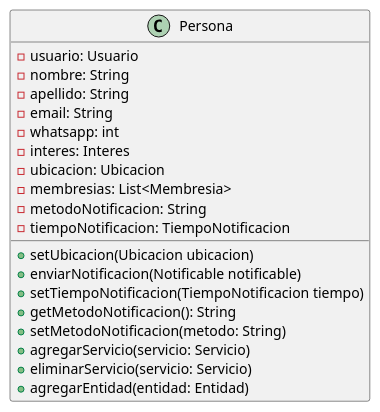
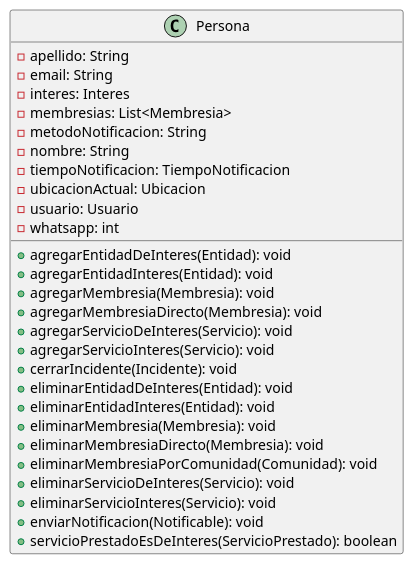
One commit to mbertogliati/dds-tpa changed the diagram in DC/E3/domain/comunidades/Persona.puml. Above: the diagram before and after it, drawn with PlantUML. The commit also changed 69 other files, not shown here.

Commit message:
Completo la estructura de (casi) todas las clases en el diagrama de clases (ver E3_COMPLETO.puml). Agregue tambien varios TODO con cosas para decidir.

```diff
--- a/DC/E3/domain/comunidades/Persona.puml
+++ b/DC/E3/domain/comunidades/Persona.puml
@@ -1,27 +1,36 @@
 @startuml
 'https://plantuml.com/class-diagram
 
 skinparam linetype ortho
 
-class Persona{
-    -usuario: Usuario
-    -nombre: String
-    -apellido: String
-    -email: String
-    -whatsapp: int
-    -interes: Interes
-    -ubicacion: Ubicacion
-    -membresias: List<Membresia>
-    -metodoNotificacion: String
-    -tiempoNotificacion: TiempoNotificacion
 
-    +setUbicacion(Ubicacion ubicacion)
-    +enviarNotificacion(Notificable notificable)
-    +setTiempoNotificacion(TiempoNotificacion tiempo)
-    +getMetodoNotificacion(): String
-    +setMetodoNotificacion(metodo: String)
-    +agregarServicio(servicio: Servicio)
-    +eliminarServicio(servicio: Servicio)
-    +agregarEntidad(entidad: Entidad)
-}
+class Persona {
+  - apellido: String
+  - email: String
+  - interes: Interes
+  - membresias: List<Membresia>
+  - metodoNotificacion: String
+  - nombre: String
+  - tiempoNotificacion: TiempoNotificacion
+  - ubicacionActual: Ubicacion
+  - usuario: Usuario
+  - whatsapp: int
+
+  + agregarEntidadDeInteres(Entidad): void
+  + agregarEntidadInteres(Entidad): void
+  + agregarMembresia(Membresia): void
+  + agregarMembresiaDirecto(Membresia): void
+  + agregarServicioDeInteres(Servicio): void
+  + agregarServicioInteres(Servicio): void
+  + cerrarIncidente(Incidente): void
+  + eliminarEntidadDeInteres(Entidad): void
+  + eliminarEntidadInteres(Entidad): void
+  + eliminarMembresia(Membresia): void
+  + eliminarMembresiaDirecto(Membresia): void
+  + eliminarMembresiaPorComunidad(Comunidad): void
+  + eliminarServicioDeInteres(Servicio): void
+  + eliminarServicioInteres(Servicio): void
+  + enviarNotificacion(Notificable): void
+  + servicioPrestadoEsDeInteres(ServicioPrestado): boolean
+  }
 @enduml
```
